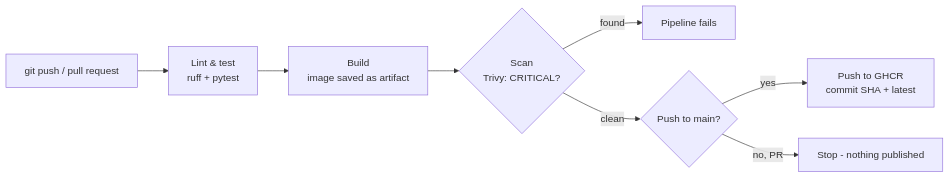
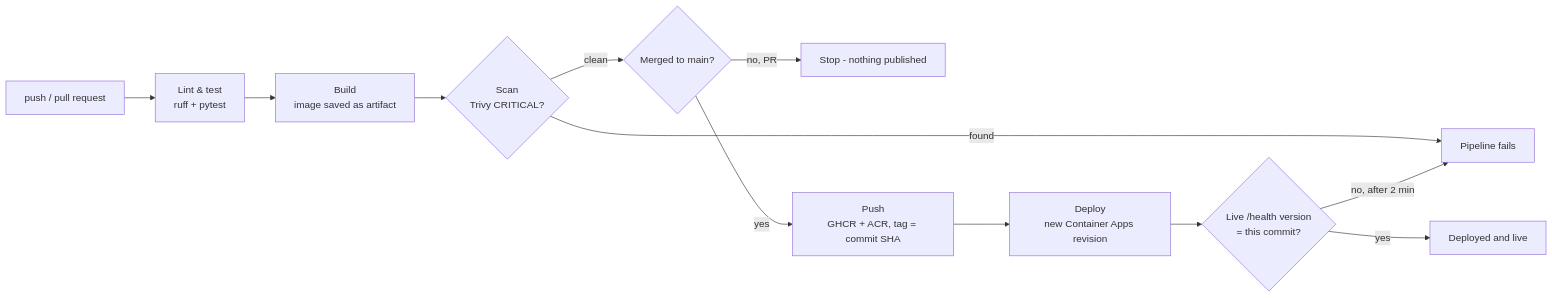
The second of 2 diagrams in README.md (mossek/shuttle-booking-platform), drawn with Mermaid before and after one commit. The commit also changed other lines of this file, not shown here.

````diff
--- a/README.md
+++ b/README.md
@@ -13,11 +28,14 @@
 ```mermaid
-
 flowchart LR
-    A[git push / pull request] --> B["Lint & test<br/>ruff + pytest"]
+    A[push / pull request] --> B["Lint & test<br/>ruff + pytest"]
     B --> C[Build<br/>image saved as artifact]
-    C --> D{Scan<br/>Trivy: CRITICAL?}
-    D -- found --> F[Pipeline fails]
-    D -- clean --> E{Push to main?}
-    E -- yes --> G[Push to GHCR<br/>commit SHA + latest]
-    E -- no, PR --> H[Stop - nothing published]
+    C --> D{Scan<br/>Trivy CRITICAL?}
+    D -- found --> X[Pipeline fails]
+    D -- clean --> E{Merged to main?}
+    E -- no, PR --> S[Stop - nothing published]
+    E -- yes --> P[Push<br/>GHCR + ACR, tag = commit SHA]
+    P --> Q[Deploy<br/>new Container Apps revision]
+    Q --> V{"Live /health version<br/>= this commit?"}
+    V -- yes --> OK[Deployed and live]
+    V -- no, after 2 min --> X
 ```
````
